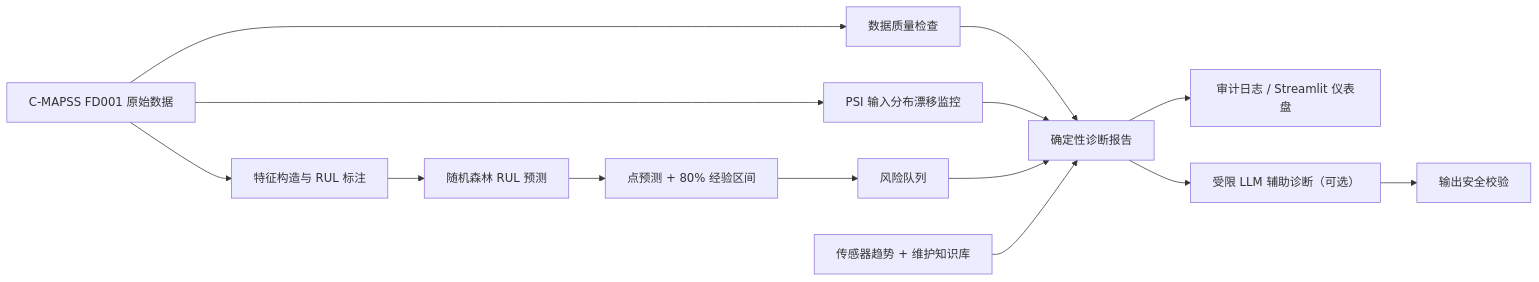
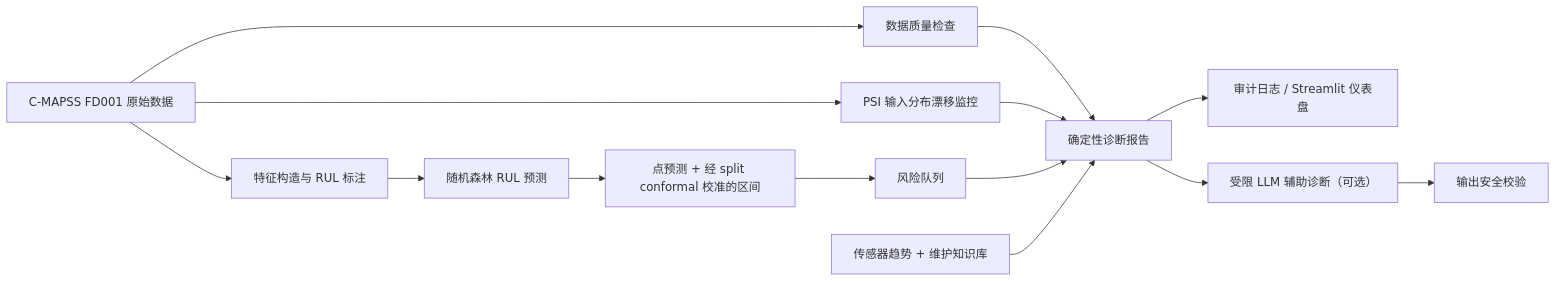
Before and after one commit to zzhouxy427/industrial-health-agent: the diagram in README.md, drawn with Mermaid. The commit also changed other lines of this file and 11 other files, not shown here.

Commit message:
Calibrate prediction intervals with split conformal

````diff
--- a/README.md
+++ b/README.md
@@ -39,16 +39,16 @@
 ```mermaid
 flowchart LR
     A[C-MAPSS FD001 原始数据] --> B[特征构造与 RUL 标注]
     B --> C[随机森林 RUL 预测]
-    C --> D[点预测 + 80% 经验区间]
+    C --> D[点预测 + 经 split conformal 校准的区间]
     A --> E[数据质量检查]
     A --> F[PSI 输入分布漂移监控]
     D --> G[风险队列]
     E --> H[确定性诊断报告]
     F --> H
     G --> H
     I[传感器趋势 + 维护知识库] --> H
     H --> J[审计日志 / Streamlit 仪表盘]
     H --> K[受限 LLM 辅助诊断（可选）]
     K --> L[输出安全校验]
 ```
````
